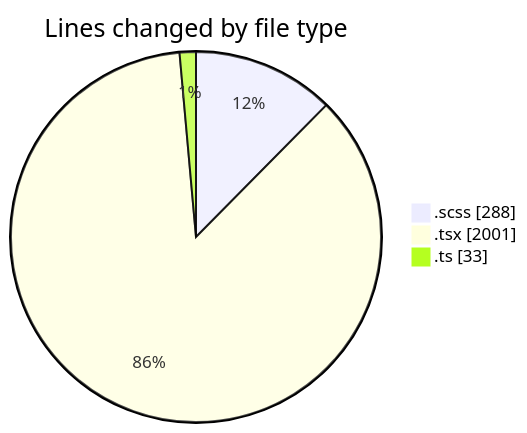
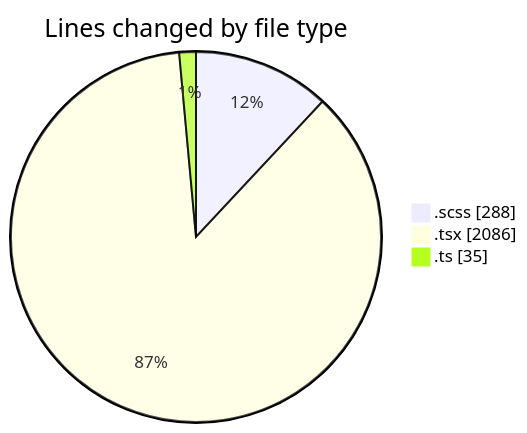
One commit to momahboobian/code-tracking changed the first of 2 diagrams in 2025-02-10/cda/README.md. Above: the diagram before and after it, drawn with Mermaid. The commit also changed other lines of this file and 1 other file, not shown here.

````diff
--- a/2025-02-10/cda/README.md
+++ b/2025-02-10/cda/README.md
@@ -25,7 +25,7 @@
 ```mermaid
 pie showData
 title Lines changed by file type
 ".scss" : 288
-".tsx" : 2001
-".ts" : 33
+".tsx" : 2086
+".ts" : 35
 ```
````
